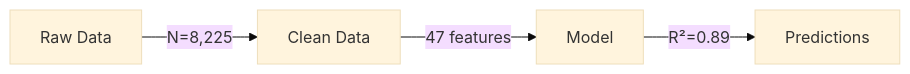
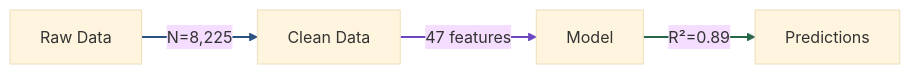
Diagram 16 of 26 in workspace/2025_C/.claude/agent_knowledge/visualizer/mermaid_advanced_templates.md (hlife0/MCM-Killer), drawn with Mermaid (base theme) before and after one commit. The commit also changed other lines of this file and 20 other files, not shown here.

````diff
--- a/workspace/2025_C/.claude/agent_knowledge/visualizer/mermaid_advanced_templates.md
+++ b/workspace/2025_C/.claude/agent_knowledge/visualizer/mermaid_advanced_templates.md
@@ -500,6 +631,10 @@
 ```mermaid
 flowchart LR
     A["Raw Data"] -->|"N=8,225"| B["Clean Data"]
     B -->|"47 features"| C["Model"]
     C -->|"R²=0.89"| D["Predictions"]
+
+    linkStyle 0 stroke:#2c5282,stroke-width:2px
+    linkStyle 1 stroke:#6b46c1,stroke-width:2px
+    linkStyle 2 stroke:#276749,stroke-width:2px
 ```
````
